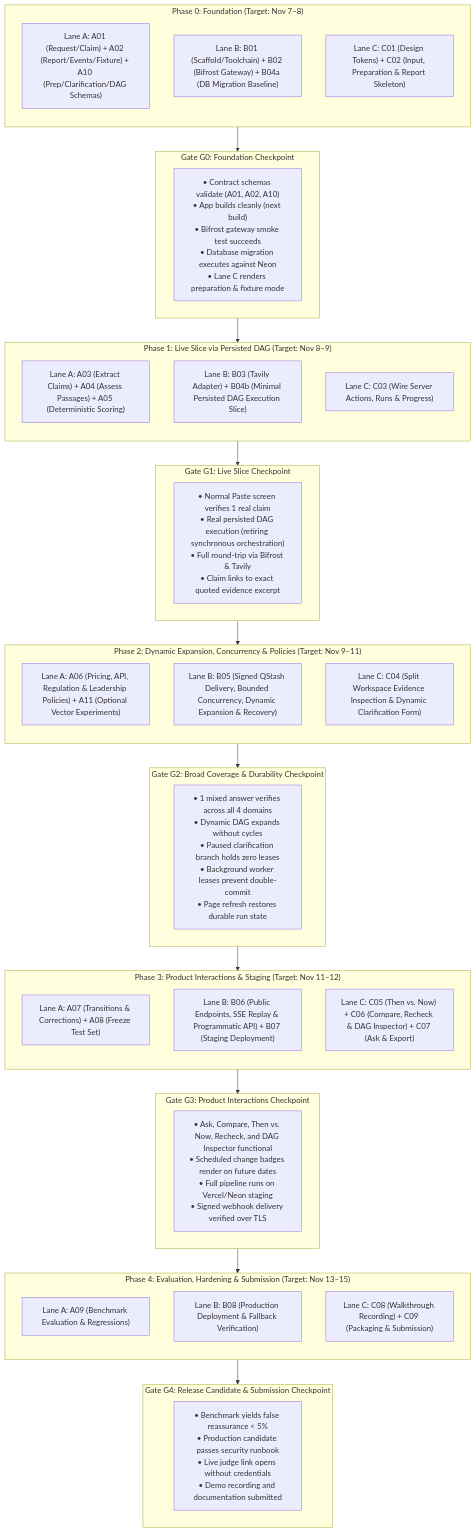
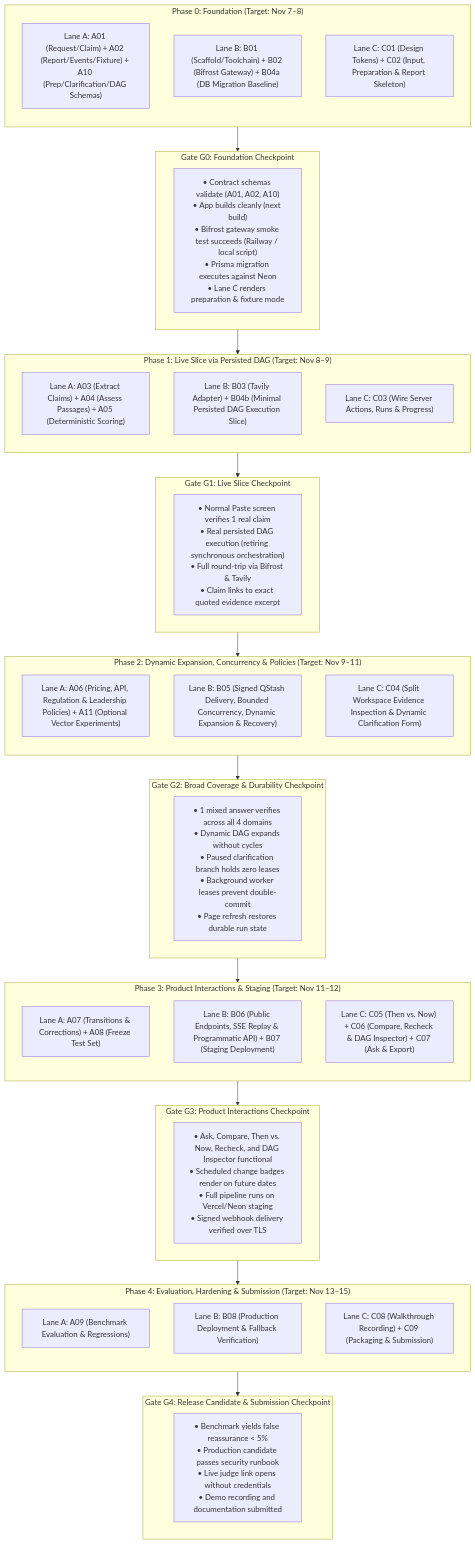
One commit to Driftaxe/Afterfact changed the first of 6 diagrams in docs/PARALLEL-WORK-PLAN.md. Above: the diagram before and after it, drawn with Mermaid. The commit also changed other lines of this file and 26 other files, not shown here.

First line of the commit message:
docs(infra): update persistence to Prisma, Neon dev/test, Railway Bifrost, and add Lane B handbook

````diff
--- a/docs/PARALLEL-WORK-PLAN.md
+++ b/docs/PARALLEL-WORK-PLAN.md
@@ -55,67 +55,67 @@
 ```mermaid
 flowchart TD
     subgraph Phase0 ["Phase 0: Foundation (Target: Nov 7–8)"]
         direction TB
         P0_A["Lane A: A01 (Request/Claim) + A02 (Report/Events/Fixture) + A10 (Prep/Clarification/DAG Schemas)"]
         P0_B["Lane B: B01 (Scaffold/Toolchain) + B02 (Bifrost Gateway) + B04a (DB Migration Baseline)"]
         P0_C["Lane C: C01 (Design Tokens) + C02 (Input, Preparation & Report Skeleton)"]
     end
 
     subgraph Gate0 ["Gate G0: Foundation Checkpoint"]
-        G0_Crit["• Contract schemas validate (A01, A02, A10)<br/>• App builds cleanly (next build)<br/>• Bifrost gateway smoke test succeeds<br/>• Database migration executes against Neon<br/>• Lane C renders preparation & fixture mode"]
+        G0_Crit["• Contract schemas validate (A01, A02, A10)<br/>• App builds cleanly (next build)<br/>• Bifrost gateway smoke test succeeds (Railway / local script)<br/>• Prisma migration executes against Neon<br/>• Lane C renders preparation & fixture mode"]
     end
 
     subgraph Phase1 ["Phase 1: Live Slice via Persisted DAG (Target: Nov 8–9)"]
         direction TB
         P1_A["Lane A: A03 (Extract Claims) + A04 (Assess Passages) + A05 (Deterministic Scoring)"]
         P1_B["Lane B: B03 (Tavily Adapter) + B04b (Minimal Persisted DAG Execution Slice)"]
         P1_C["Lane C: C03 (Wire Server Actions, Runs & Progress)"]
     end
 
     subgraph Gate1 ["Gate G1: Live Slice Checkpoint"]
         G1_Crit["• Normal Paste screen verifies 1 real claim<br/>• Real persisted DAG execution (retiring synchronous orchestration)<br/>• Full round-trip via Bifrost & Tavily<br/>• Claim links to exact quoted evidence excerpt"]
     end
 
     subgraph Phase2 ["Phase 2: Dynamic Expansion, Concurrency & Policies (Target: Nov 9–11)"]
         direction TB
         P2_A["Lane A: A06 (Pricing, API, Regulation & Leadership Policies) + A11 (Optional Vector Experiments)"]
         P2_B["Lane B: B05 (Signed QStash Delivery, Bounded Concurrency, Dynamic Expansion & Recovery)"]
         P2_C["Lane C: C04 (Split Workspace Evidence Inspection & Dynamic Clarification Form)"]
     end
 
     subgraph Gate2 ["Gate G2: Broad Coverage & Durability Checkpoint"]
         G2_Crit["• 1 mixed answer verifies across all 4 domains<br/>• Dynamic DAG expands without cycles<br/>• Paused clarification branch holds zero leases<br/>• Background worker leases prevent double-commit<br/>• Page refresh restores durable run state"]
     end
 
     subgraph Phase3 ["Phase 3: Product Interactions & Staging (Target: Nov 11–12)"]
         direction TB
         P3_A["Lane A: A07 (Transitions & Corrections) + A08 (Freeze Test Set)"]
         P3_B["Lane B: B06 (Public Endpoints, SSE Replay & Programmatic API) + B07 (Staging Deployment)"]
         P3_C["Lane C: C05 (Then vs. Now) + C06 (Compare, Recheck & DAG Inspector) + C07 (Ask & Export)"]
     end
 
     subgraph Gate3 ["Gate G3: Product Interactions Checkpoint"]
         G3_Crit["• Ask, Compare, Then vs. Now, Recheck, and DAG Inspector functional<br/>• Scheduled change badges render on future dates<br/>• Full pipeline runs on Vercel/Neon staging<br/>• Signed webhook delivery verified over TLS"]
     end
 
     subgraph Phase4 ["Phase 4: Evaluation, Hardening & Submission (Target: Nov 13–15)"]
         direction TB
         P4_A["Lane A: A09 (Benchmark Evaluation & Regressions)"]
         P4_B["Lane B: B08 (Production Deployment & Fallback Verification)"]
         P4_C["Lane C: C08 (Walkthrough Recording) + C09 (Packaging & Submission)"]
     end
 
     subgraph Gate4 ["Gate G4: Release Candidate & Submission Checkpoint"]
         G4_Crit["• Benchmark yields false reassurance < 5%<br/>• Production candidate passes security runbook<br/>• Live judge link opens without credentials<br/>• Demo recording and documentation submitted"]
     end
 
     Phase0 --> Gate0
     Gate0 --> Phase1
     Phase1 --> Gate1
     Gate1 --> Phase2
     Phase2 --> Gate2
     Gate2 --> Phase3
     Phase3 --> Gate3
     Gate3 --> Phase4
     Phase4 --> Gate4
 ```
````
